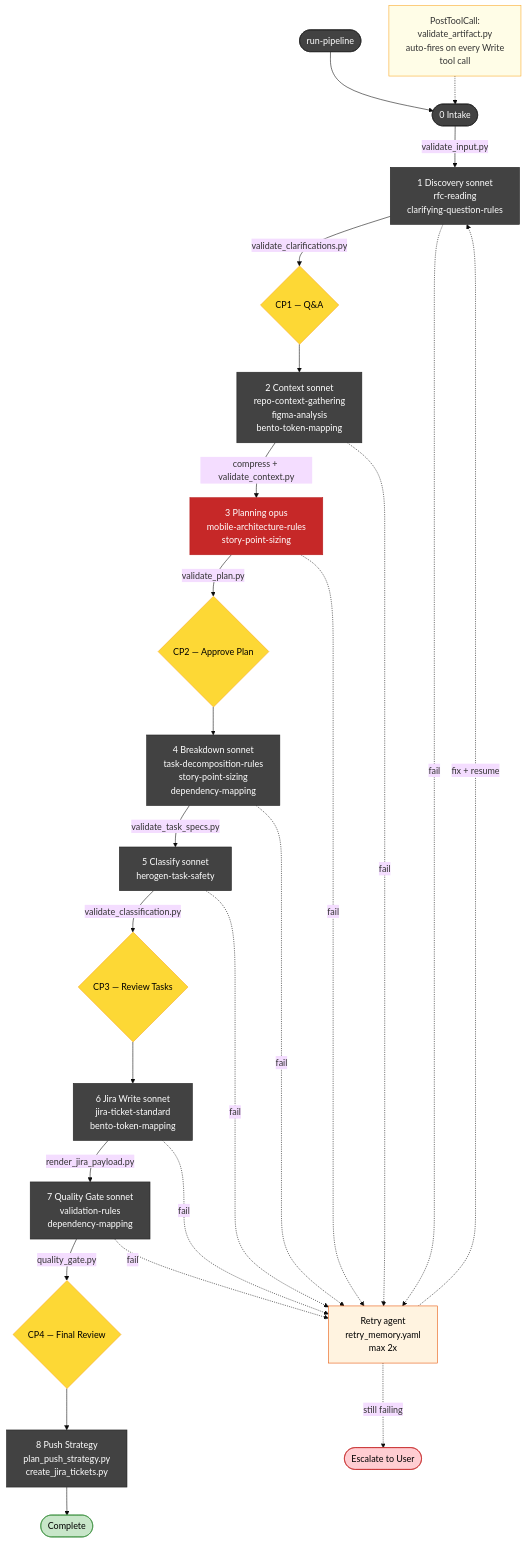
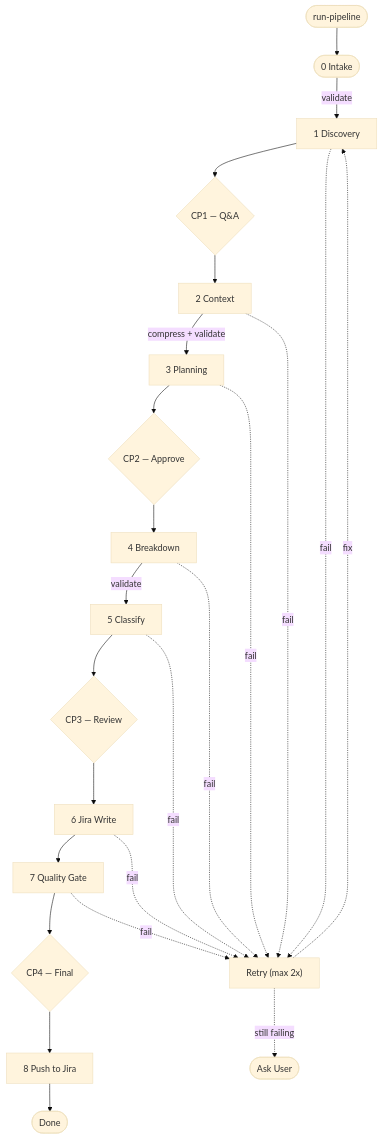
The diagram in README.md (hoshiyar-singh8/SprintPlanner), drawn with Mermaid (base theme) before and after one commit. The commit also changed other lines of this file and 2 other files, not shown here.

````diff
--- a/README.md
+++ b/README.md
@@ -234,92 +122,21 @@
 ```mermaid
 flowchart TD
-    Hook["PostToolCall:\nvalidate_artifact.py\nauto-fires on every Write\ntool call"]
-    Entry(["run-pipeline"])
+    Entry(["run-pipeline"]) --> S0(["0 Intake"])
+    S0 -->|validate| S1["1 Discovery"]
+    S1 --> CP1{"CP1 — Q&A"}
+    CP1 --> S2["2 Context"]
+    S2 -->|compress + validate| S3["3 Planning"]
+    S3 --> CP2{"CP2 — Approve"}
+    CP2 --> S4["4 Breakdown"]
+    S4 -->|validate| S5["5 Classify"]
+    S5 --> CP3{"CP3 — Review"}
+    CP3 --> S6["6 Jira Write"]
+    S6 --> S7["7 Quality Gate"]
+    S7 --> CP4{"CP4 — Final"}
+    CP4 --> S8["8 Push to Jira"]
+    S8 --> Done(["Done"])
 
-    Entry --> S0
-    Hook -.-> S0
-
-    S0(["0 Intake"])
-
-    S0 -->|"validate_input.py"| S1
-
-    S1["1 Discovery sonnet\nrfc-reading\nclarifying-question-rules"]
-
-    S1 -->|"validate_clarifications.py"| CP1
-
-    CP1{"CP1 — Q&A"}
-
-    CP1 --> S2
-
-    S2["2 Context sonnet\nrepo-context-gathering\nfigma-analysis\nbento-token-mapping"]
-
-    S2 -->|"compress + validate_context.py"| S3
-
-    S3["3 Planning opus\nmobile-architecture-rules\nstory-point-sizing"]
-
-    S3 -->|"validate_plan.py"| CP2
-
-    CP2{"CP2 — Approve Plan"}
-
-    CP2 --> S4
-
-    S4["4 Breakdown sonnet\ntask-decomposition-rules\nstory-point-sizing\ndependency-mapping"]
-
-    S4 -->|"validate_task_specs.py"| S5
-
-    S5["5 Classify sonnet\nherogen-task-safety"]
-
-    S5 -->|"validate_classification.py"| CP3
-
-    CP3{"CP3 — Review Tasks"}
-
-    CP3 --> S6
-
-    S6["6 Jira Write sonnet\njira-ticket-standard\nbento-token-mapping"]
-
-    S6 -->|"render_jira_payload.py"| S7
-
-    S7["7 Quality Gate sonnet\nvalidation-rules\ndependency-mapping"]
-
-    S7 -->|"quality_gate.py"| CP4
-
-    CP4{"CP4 — Final Review"}
-
-    CP4 --> S8
-
-    S8["8 Push Strategy\nplan_push_strategy.py\ncreate_jira_tickets.py"]
-
-    S8 --> Done(["Complete"])
-
-    S1 -.->|fail| Retry
-    S2 -.->|fail| Retry
-    S3 -.->|fail| Retry
-    S4 -.->|fail| Retry
-    S5 -.->|fail| Retry
-    S6 -.->|fail| Retry
-    S7 -.->|fail| Retry
-
-    Retry["Retry agent\nretry_memory.yaml\nmax 2x"]
-
-    Retry -.->|"fix + resume"| S1
-    Retry -.->|"still failing"| Escalate(["Escalate to User"])
-
-    style Hook fill:#fffde7,stroke:#f9a825
-    style Entry fill:#424242,stroke:#212121,color:#fff
-    style S0 fill:#424242,stroke:#212121,color:#fff
-    style S1 fill:#424242,stroke:#212121,color:#fff
-    style S2 fill:#424242,stroke:#212121,color:#fff
-    style S3 fill:#c62828,stroke:#b71c1c,color:#fff
-    style S4 fill:#424242,stroke:#212121,color:#fff
-    style S5 fill:#424242,stroke:#212121,color:#fff
-    style S6 fill:#424242,stroke:#212121,color:#fff
-    style S7 fill:#424242,stroke:#212121,color:#fff
-    style S8 fill:#424242,stroke:#212121,color:#fff
-    style CP1 fill:#fdd835,stroke:#f9a825,color:#000
-    style CP2 fill:#fdd835,stroke:#f9a825,color:#000
-    style CP3 fill:#fdd835,stroke:#f9a825,color:#000
-    style CP4 fill:#fdd835,stroke:#f9a825,color:#000
-    style Done fill:#c8e6c9,stroke:#388e3c,color:#000
-    style Retry fill:#fff3e0,stroke:#e65100,color:#000
-    style Escalate fill:#ffcdd2,stroke:#c62828,color:#000
+    S1 & S2 & S3 & S4 & S5 & S6 & S7 -.->|fail| Retry["Retry (max 2x)"]
+    Retry -.->|fix| S1
+    Retry -.->|still failing| Escalate(["Ask User"])
 ```
````
